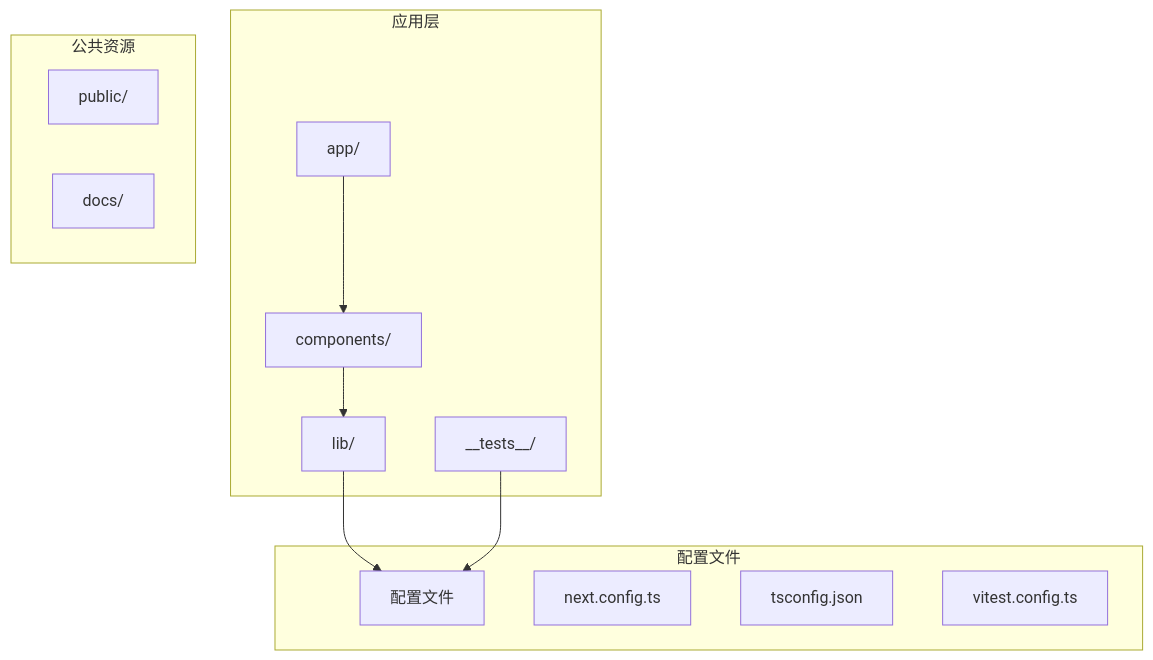
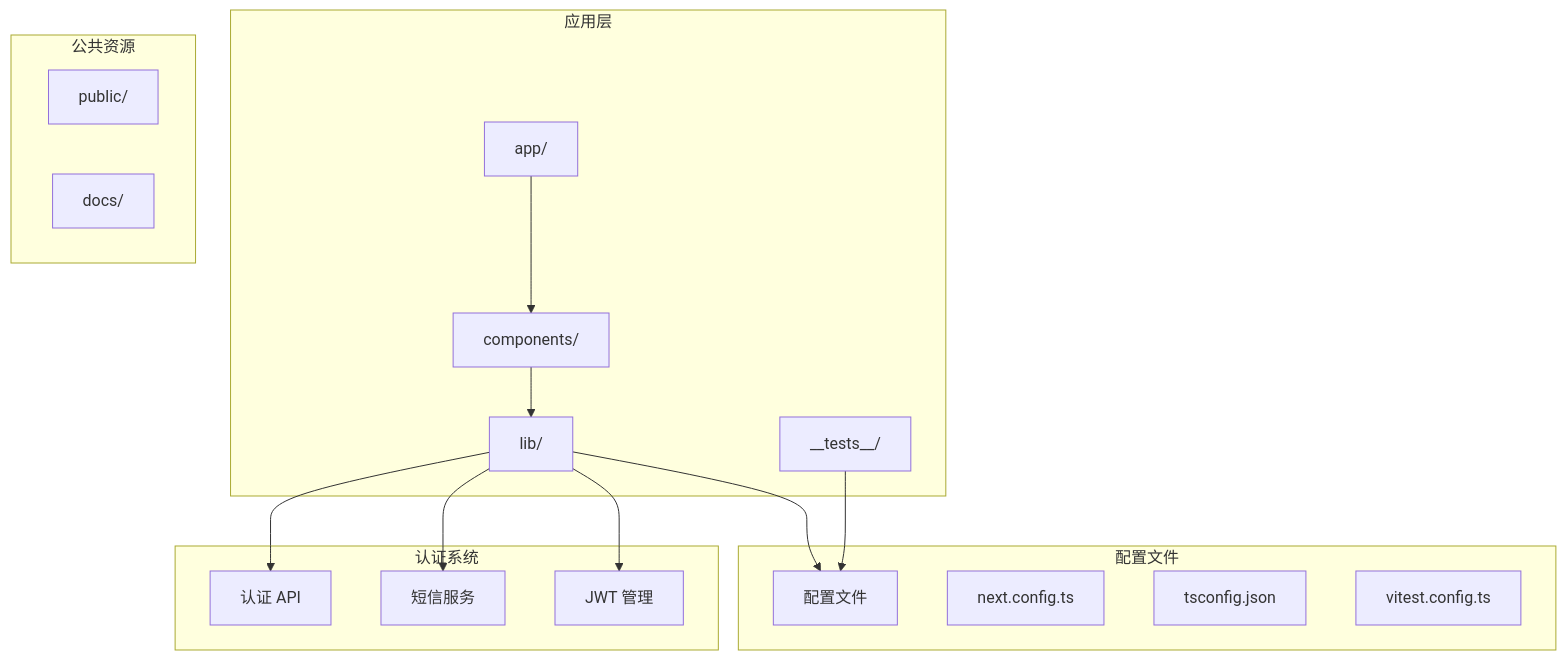
One commit to billye220670/BananaFlow2 changed the first of 16 diagrams in .qoder/repowiki/zh/content/Dependency Management.md. Above: the diagram before and after it, drawn with Mermaid. The commit also changed other lines of this file and 6 other files, not shown here.

````diff
--- a/.qoder/repowiki/zh/content/Dependency Management.md
+++ b/.qoder/repowiki/zh/content/Dependency Management.md
@@ -47,23 +58,31 @@
 ```mermaid
 graph TB
 subgraph "应用层"
 APP[app/]
 COMPONENTS[components/]
 LIB[lib/]
 TESTS[__tests__/]
+end
+subgraph "认证系统"
+AUTH[认证 API]
+SMS[短信服务]
+JWT[JWT 管理]
 end
 subgraph "配置文件"
 CONFIG[配置文件]
 NEXT[next.config.ts]
 TS[tsconfig.json]
 VITE[vitest.config.ts]
 end
 subgraph "公共资源"
 PUBLIC[public/]
 DOCS[docs/]
 end
 APP --> COMPONENTS
 COMPONENTS --> LIB
+LIB --> AUTH
+LIB --> SMS
+LIB --> JWT
 LIB --> CONFIG
 TESTS --> CONFIG
 ```
````
